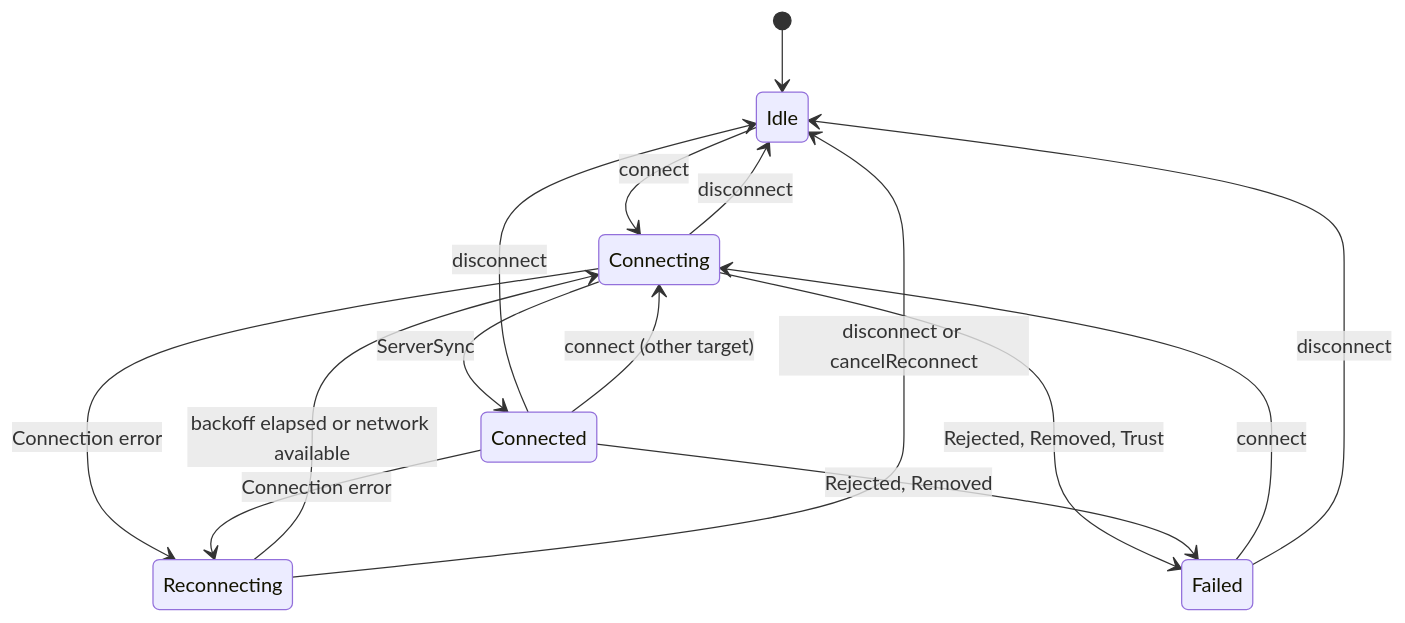
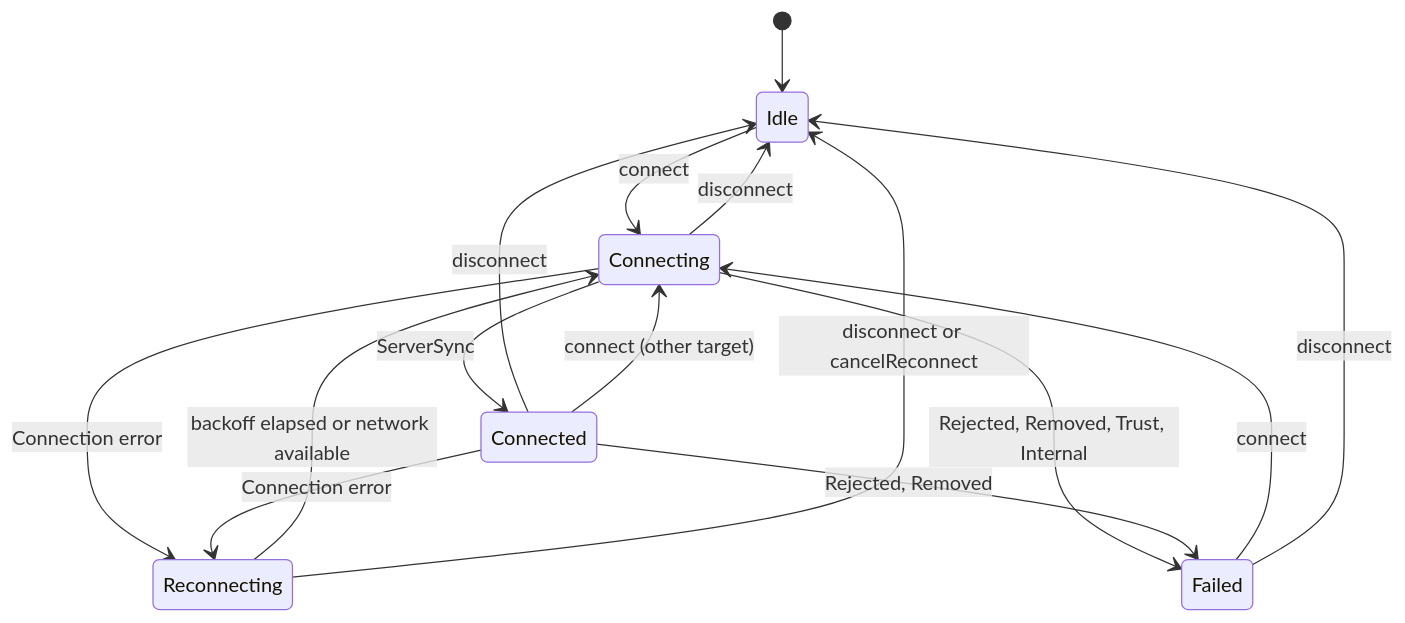
One commit to 360ied/mumla-oled changed the diagram in docs/tech-debt-whales/target-architecture/client.md. Above: the diagram before and after it, drawn with Mermaid. The commit also changed other lines of this file and 14 other files, not shown here.

````diff
--- a/docs/tech-debt-whales/target-architecture/client.md
+++ b/docs/tech-debt-whales/target-architecture/client.md
@@ -132,17 +133,17 @@
 ```mermaid
 stateDiagram-v2
     [*] --> Idle
     Idle --> Connecting: connect
     Connecting --> Connected: ServerSync
     Connecting --> Reconnecting: Connection error
     Connected --> Reconnecting: Connection error
     Reconnecting --> Connecting: backoff elapsed or network available
-    Connecting --> Failed: Rejected, Removed, Trust
+    Connecting --> Failed: Rejected, Removed, Trust, Internal
     Connected --> Failed: Rejected, Removed
     Failed --> Connecting: connect
     Connecting --> Idle: disconnect
     Connected --> Idle: disconnect
     Reconnecting --> Idle: disconnect or cancelReconnect
     Failed --> Idle: disconnect
     Connected --> Connecting: connect (other target)
 ```
````
